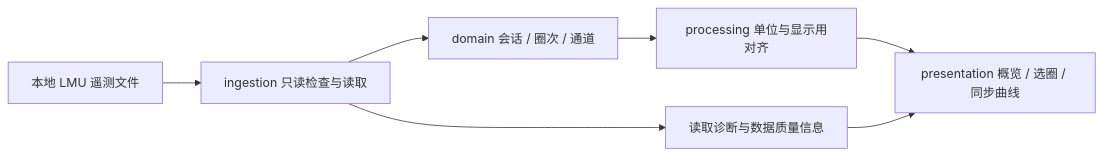
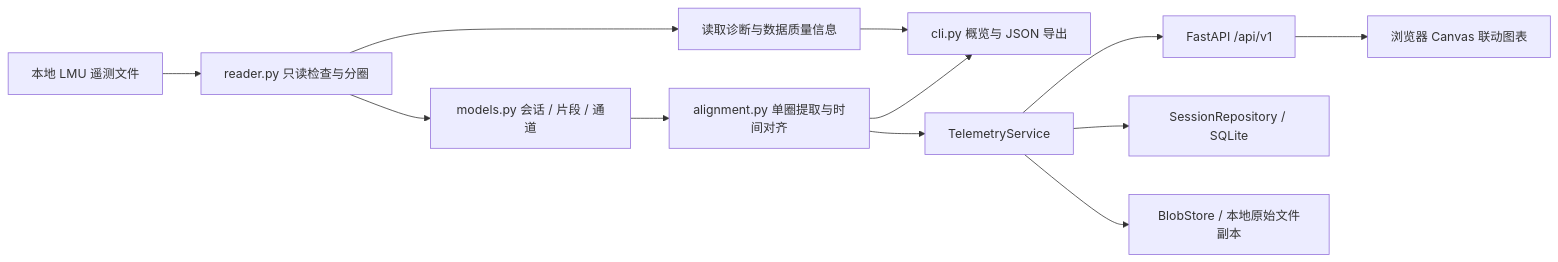
Before and after one commit to Saturday-365/LMU_Data_Analysis: the diagram in docs/architecture.md, drawn with Mermaid. The commit also changed other lines of this file and 45 other files, not shown here.

````diff
--- a/docs/architecture.md
+++ b/docs/architecture.md
@@ -5,9 +5,14 @@
 ```mermaid
 flowchart LR
-    A[本地 LMU 遥测文件] --> B[ingestion 只读检查与读取]
-    B --> C[domain 会话 / 圈次 / 通道]
-    C --> D[processing 单位与显示用对齐]
-    D --> E[presentation 概览 / 选圈 / 同步曲线]
+    A[本地 LMU 遥测文件] --> B[reader.py 只读检查与分圈]
+    B --> C[models.py 会话 / 片段 / 通道]
+    C --> D[alignment.py 单圈提取与时间对齐]
+    D --> E[cli.py 概览与 JSON 导出]
+    D --> S[TelemetryService]
+    S --> API[FastAPI /api/v1]
+    API --> G[浏览器 Canvas 联动图表]
+    S --> DB[SessionRepository / SQLite]
+    S --> Blob[BlobStore / 本地原始文件副本]
     B --> F[读取诊断与数据质量信息]
     F --> E
 ```
````
